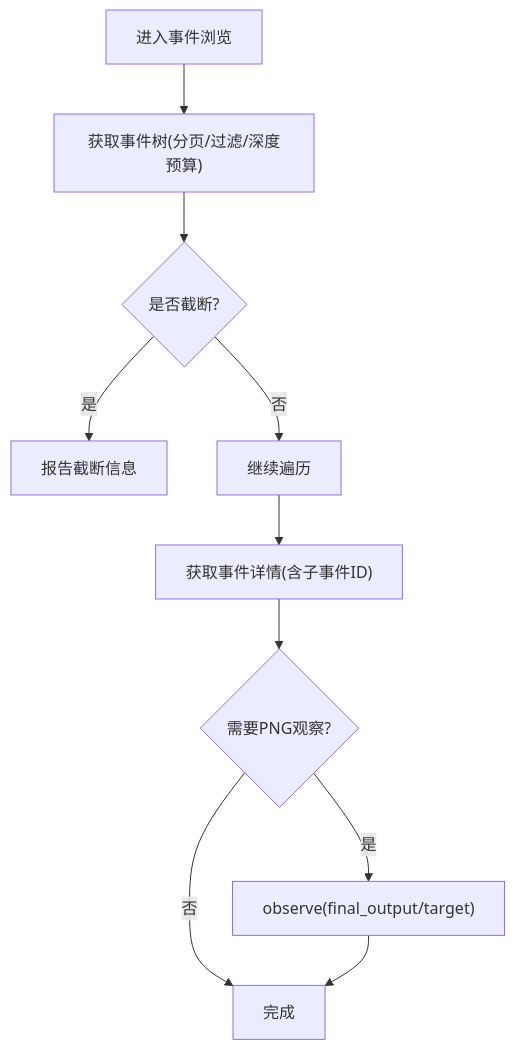
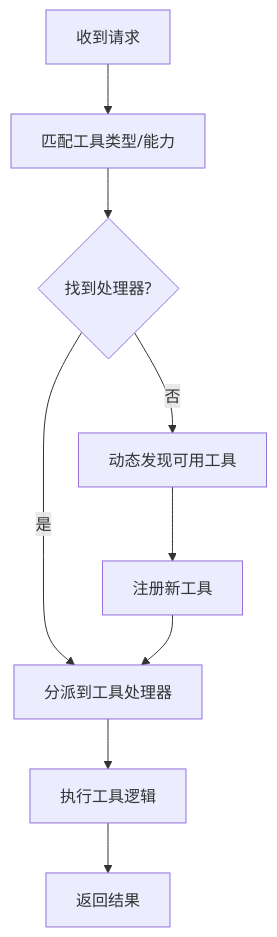
Before and after one commit to haolange/RDC-Tool: the sixth of 11 diagrams in .qoder/repowiki/zh/content/核心概念/核心概念.md, drawn with Mermaid. The commit also changed other lines of this file and 180 other files, not shown here.

````diff
--- a/.qoder/repowiki/zh/content/核心概念/核心概念.md
+++ b/.qoder/repowiki/zh/content/核心概念/核心概念.md
@@ -241,12 +446,11 @@
 ```mermaid
 flowchart TD
-EStart["进入事件浏览"] --> Tree["获取事件树(分页/过滤/深度预算)"]
-Tree --> CheckTrunc{"是否截断?"}
-CheckTrunc --> |是| Report["报告截断信息"]
-CheckTrunc --> |否| Next["继续遍历"]
-Next --> Detail["获取事件详情(含子事件ID)"]
-Detail --> Observe{"需要PNG观察?"}
-Observe --> |是| Export["observe(final_output/target)"]
-Observe --> |否| Done["完成"]
-Export --> Done
+REQ["收到请求"] --> MATCH["匹配工具类型/能力"]
+MATCH --> FOUND{"找到处理器?"}
+FOUND --> |是| DISPATCH["分派到工具处理器"]
+FOUND --> |否| DISCOVERY["动态发现可用工具"]
+DISCOVERY --> REGISTER["注册新工具"]
+REGISTER --> DISPATCH
+DISPATCH --> EXEC["执行工具逻辑"]
+EXEC --> RESP["返回结果"]
 ```
````
